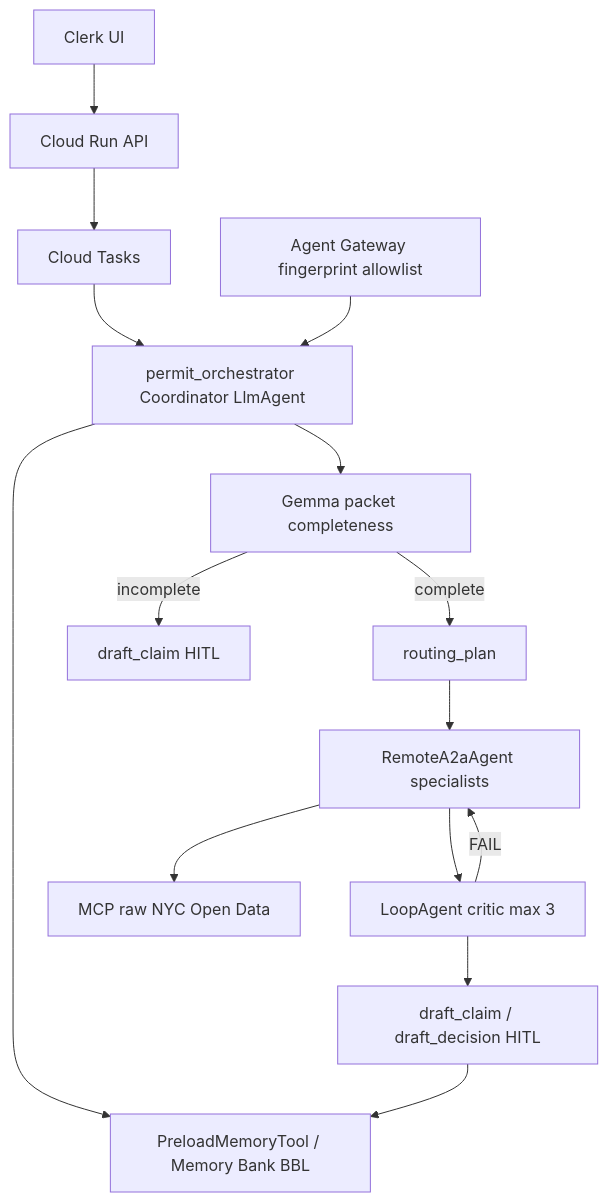
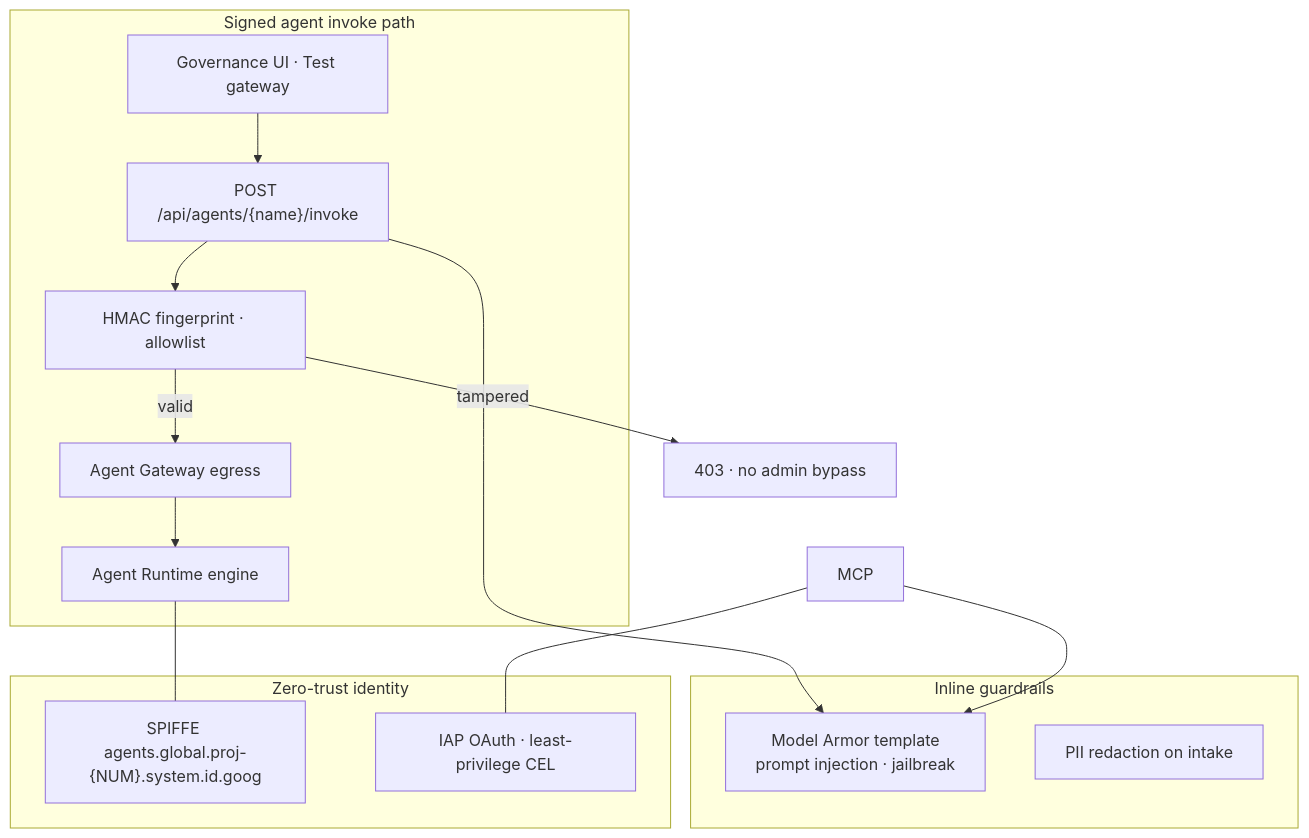
One commit to Satianurag/permit-pilot changed the fourth of 4 diagrams in README.md. Above: the diagram before and after it, drawn with Mermaid. The commit also changed other lines of this file and 58 other files, not shown here.

First line of the commit message:
Prepare hackathon submission: Google Sign-In, clerk UI, and README architecture.

````diff
--- a/README.md
+++ b/README.md
@@ -20,17 +236,30 @@
 ```mermaid
 flowchart TB
-  UI["Clerk UI"] --> API["Cloud Run API"]
-  API --> CT["Cloud Tasks"]
-  CT --> Coord["permit_orchestrator Coordinator LlmAgent"]
-  Coord --> Mem["PreloadMemoryTool / Memory Bank BBL"]
-  Coord --> Gemma["Gemma packet completeness"]
-  Gemma -->|incomplete| HitlClaim["draft_claim HITL"]
-  Gemma -->|complete| Plan["routing_plan"]
-  Plan --> A2A["RemoteA2aAgent specialists"]
-  A2A --> MCP["MCP raw NYC Open Data"]
-  A2A --> Loop["LoopAgent critic max 3"]
-  Loop -->|FAIL| A2A
-  Loop --> Hitl["draft_claim / draft_decision HITL"]
-  Hitl --> Mem
-  GW["Agent Gateway fingerprint allowlist"] --> Coord
+  subgraph invoke["Signed agent invoke path"]
+    UI2["Governance UI · Test gateway"]
+    API2["POST /api/agents/{name}/invoke"]
+    FP["HMAC fingerprint · allowlist"]
+    GW2["Agent Gateway egress"]
+    AR["Agent Runtime engine"]
+  end
+
+  UI2 --> API2 --> FP
+  FP -->|valid| GW2 --> AR
+  FP -->|tampered| Deny403["403 · no admin bypass"]
+
+  subgraph guard["Inline guardrails"]
+    Armor2["Model Armor template<br/>prompt injection · jailbreak"]
+    PII["PII redaction on intake"]
+  end
+
+  API2 --> Armor2
+  MCP --> Armor2
+
+  subgraph id["Zero-trust identity"]
+    SPIFFE["SPIFFE agents.global.proj-{NUM}.system.id.goog"]
+    IAP["IAP OAuth · least-privilege CEL"]
+  end
+
+  AR --- SPIFFE
+  MCP --- IAP
 ```
````
